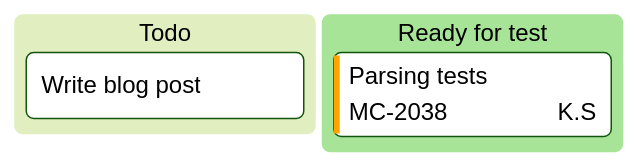
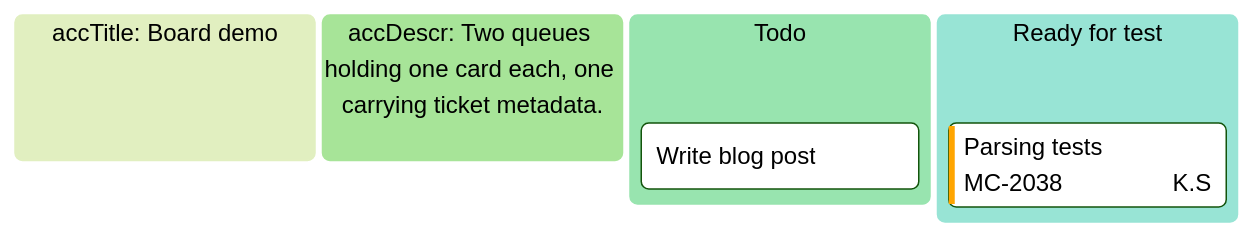
Diagram 17 of 25 in .claude/skills/mermaid-diagramming/references/syntax-extended.md (bsamiee/Rasm), drawn with Mermaid (forest theme) before and after one commit. The commit also changed other lines of this file and 51 other files, not shown here.

````diff
--- a/.claude/skills/mermaid-diagramming/references/syntax-extended.md
+++ b/.claude/skills/mermaid-diagramming/references/syntax-extended.md
@@ -461,12 +499,14 @@
 ```mermaid
 ---
 config:
   kanban:
     ticketBaseUrl: '<ticket-url>#TICKET#'
 ---
 kanban
+  accTitle: Board demo
+  accDescr: Two queues holding one card each, one carrying ticket metadata.
   Todo
     docs[Write blog post]
   test[Ready for test]
     t4[Parsing tests]@{ ticket: MC-2038, assigned: 'K.S', priority: 'High' }
 ```
````
